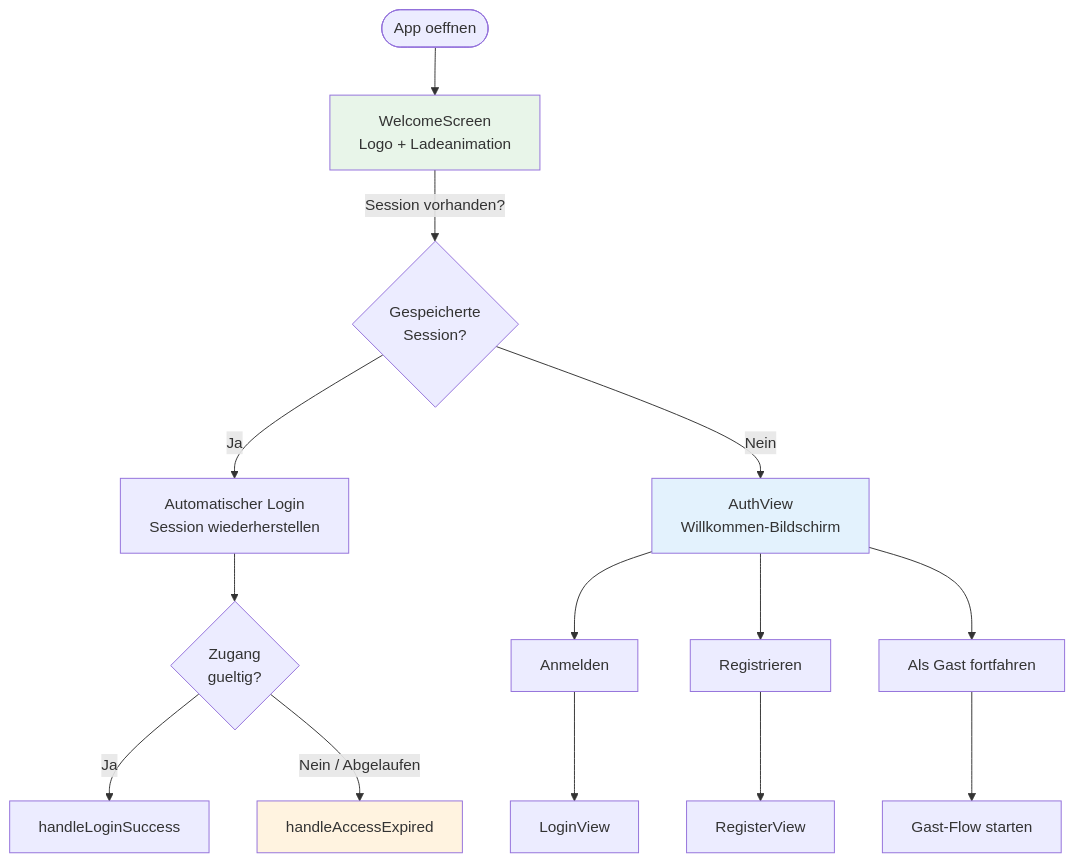
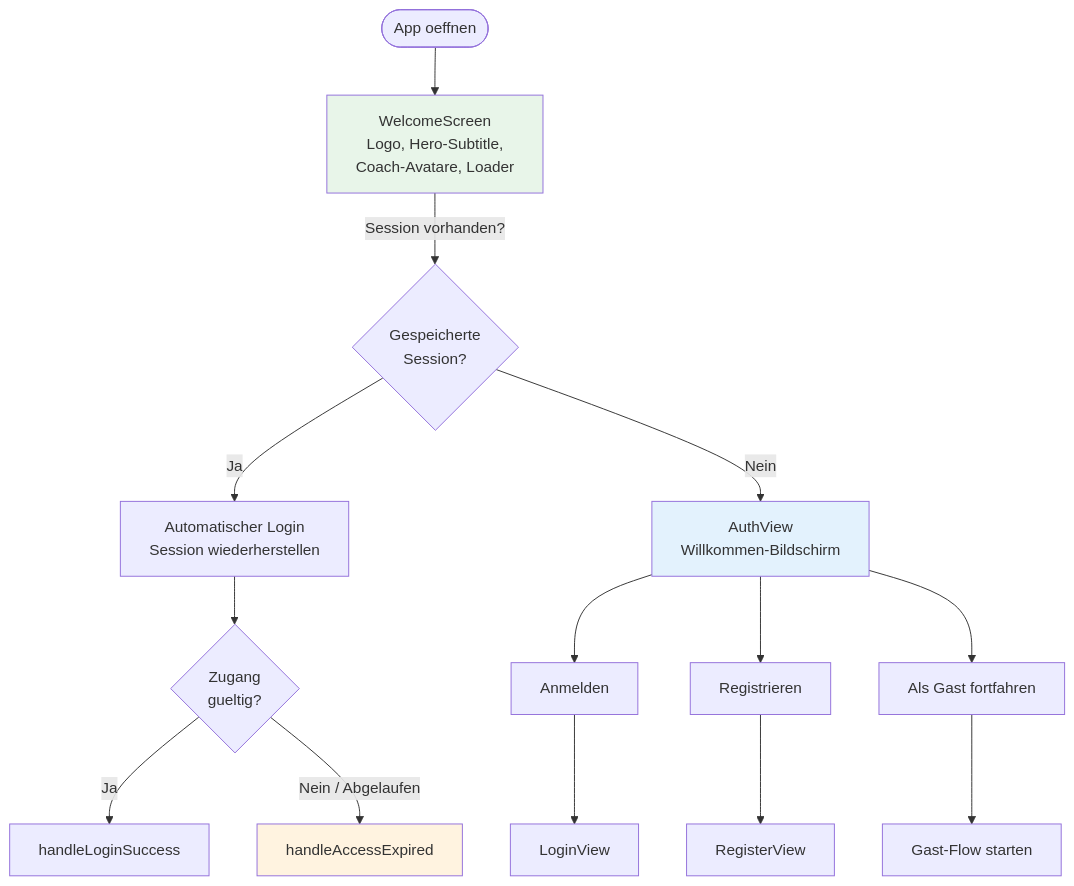
Before and after one commit to herold74/Meaningful-Conversations: the first of 11 diagrams in DOCUMENTATION/UX-FLOWS.md, drawn with Mermaid. The commit also changed other lines of this file and 10 other files, not shown here.

````diff
--- a/DOCUMENTATION/UX-FLOWS.md
+++ b/DOCUMENTATION/UX-FLOWS.md
@@ -41,23 +41,23 @@
 ```mermaid
 flowchart TD
-    START([App oeffnen]) --> WELCOME[WelcomeScreen<br/>Logo + Ladeanimation]
+    START([App oeffnen]) --> WELCOME[WelcomeScreen<br/>Logo, Hero-Subtitle,<br/>Coach-Avatare, Loader]
     WELCOME -->|Session vorhanden?| CHECK{Gespeicherte<br/>Session?}
     CHECK -->|Ja| AUTO_LOGIN[Automatischer Login<br/>Session wiederherstellen]
     CHECK -->|Nein| AUTH[AuthView<br/>Willkommen-Bildschirm]
 
     AUTO_LOGIN --> ACCESS{Zugang<br/>gueltig?}
     ACCESS -->|Ja| LOGIN_SUCCESS[handleLoginSuccess]
     ACCESS -->|Nein / Abgelaufen| EXPIRED[handleAccessExpired]
 
     AUTH --> LOGIN_BTN[Anmelden]
     AUTH --> REGISTER_BTN[Registrieren]
     AUTH --> GUEST_BTN[Als Gast fortfahren]
 
     LOGIN_BTN --> LOGIN_VIEW[LoginView]
     REGISTER_BTN --> REGISTER_VIEW[RegisterView]
     GUEST_BTN --> GUEST_START[Gast-Flow starten]
 
     style WELCOME fill:#e8f5e9
     style AUTH fill:#e3f2fd
     style EXPIRED fill:#fff3e0
 ```
````
